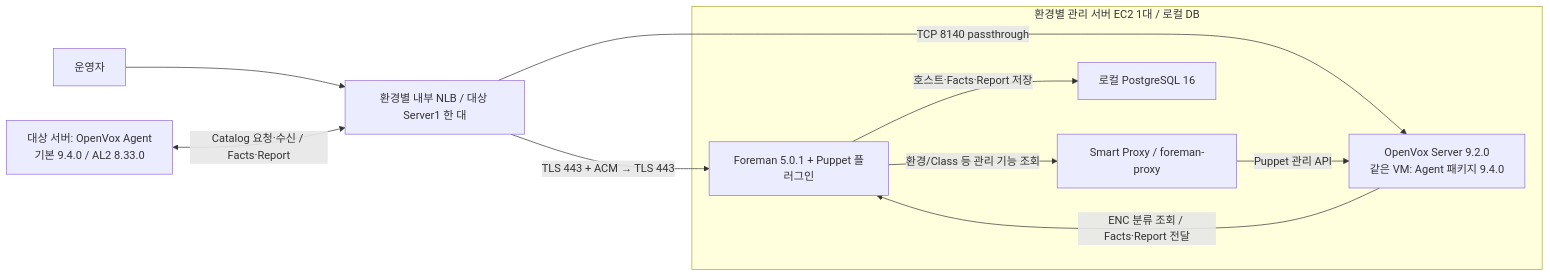
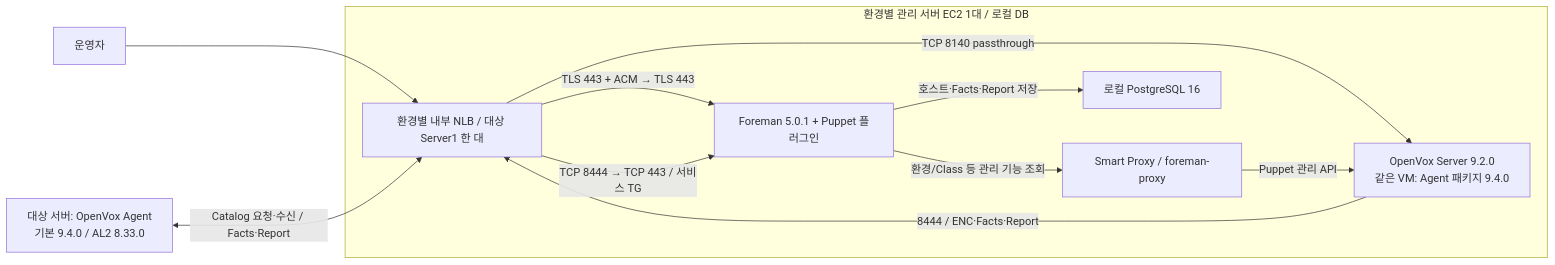
Before and after one commit to heyoon2j/y2-devops-lab: the first of 5 diagrams in foreman-puppet/docs/ARCHITECTURE_GUIDE.md, drawn with Mermaid. The commit also changed other lines of this file and 16 other files, not shown here.

````diff
--- a/foreman-puppet/docs/ARCHITECTURE_GUIDE.md
+++ b/foreman-puppet/docs/ARCHITECTURE_GUIDE.md
@@ -29,19 +29,20 @@
 ```mermaid
 flowchart LR
     U["운영자"] --> L["환경별 내부 NLB / 대상 Server1 한 대"]
     L -->|"TLS 443 + ACM → TLS 443"| F
     L -->|"TCP 8140 passthrough"| P
     subgraph M["환경별 관리 서버 EC2 1대 / 로컬 DB"]
         F["Foreman 5.0.1 + Puppet 플러그인"]
         S["Smart Proxy / foreman-proxy"]
         P["OpenVox Server 9.2.0
 같은 VM: Agent 패키지 9.4.0"]
         D["로컬 PostgreSQL 16"]
         F -->|"호스트·Facts·Report 저장"| D
         F -->|"환경/Class 등 관리 기능 조회"| S
         S -->|"Puppet 관리 API"| P
-        P -->|"ENC 분류 조회 / Facts·Report 전달"| F
+        P -->|"8444 / ENC·Facts·Report"| L
+        L -->|"TCP 8444 → TCP 443 / 서비스 TG"| F
     end
     A["대상 서버: OpenVox Agent
 기본 9.4.0 / AL2 8.33.0"] <-->|"Catalog 요청·수신 / Facts·Report"| L
 ```
````
